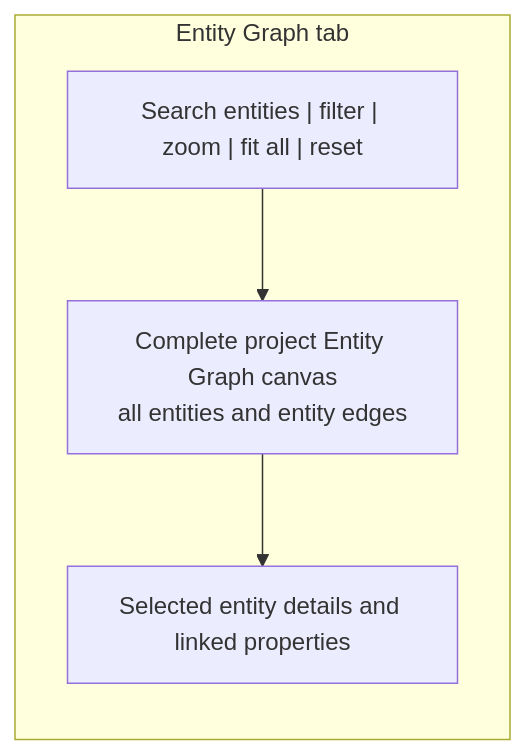
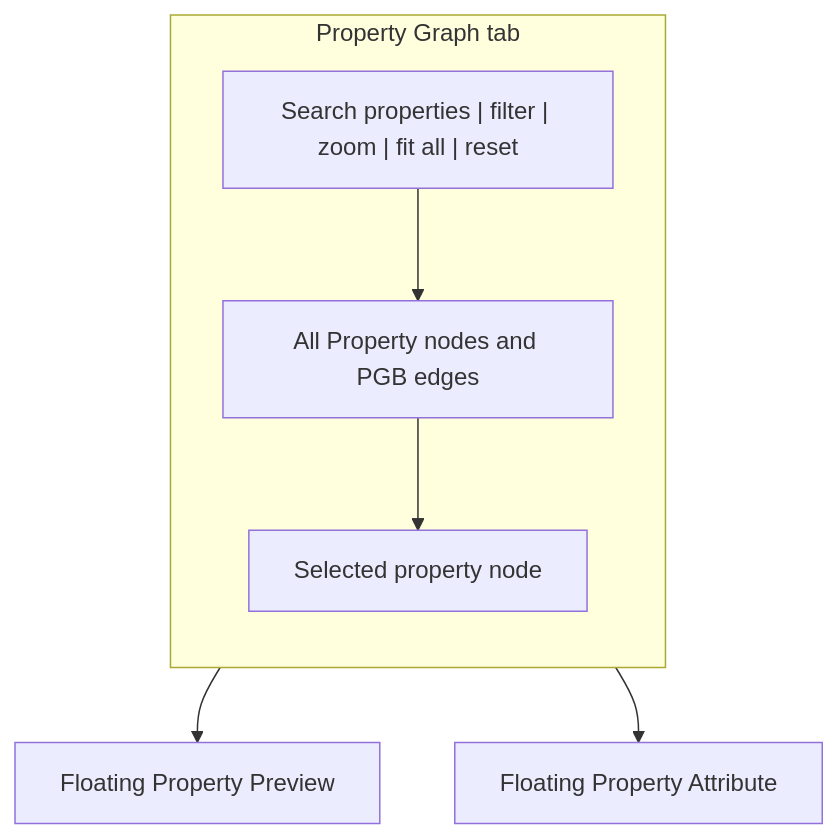
Before and after one commit to ATreep/DocSeek: the tenth of 19 diagrams in docs/superpowers/specs/2026-08-15-docseek-detailed-prd.md, drawn with Mermaid. The commit also changed other lines of this file and 1 other file, not shown here.

Commit message:
docs: revise DocSeek for Neo4j GraphRAG architecture

````diff
--- a/docs/superpowers/specs/2026-08-15-docseek-detailed-prd.md
+++ b/docs/superpowers/specs/2026-08-15-docseek-detailed-prd.md
@@ -217,10 +343,12 @@
 ```mermaid
 flowchart TB
-  subgraph ENTITY_GRAPH_PAGE["Entity Graph tab"]
+  subgraph PROPERTY_GRAPH_VIEW["Property Graph tab"]
     direction TB
-    ENTITY_TOOLBAR["Search entities | filter | zoom | fit all | reset"]
-    ENTITY_CANVAS["Complete project Entity Graph canvas<br/>all entities and entity edges"]
-    ENTITY_DETAILS["Selected entity details and linked properties"]
+    TOOLBAR["Search properties | filter | zoom | fit all | reset"]
+    CANVAS["All Property nodes and PGB edges"]
+    SELECT["Selected property node"]
   end
-  ENTITY_TOOLBAR --> ENTITY_CANVAS --> ENTITY_DETAILS
+  TOOLBAR --> CANVAS --> SELECT
+  SELECT --> PREVIEW["Floating Property Preview"]
+  SELECT --> ATTRIBUTE["Floating Property Attribute"]
 ```
````
